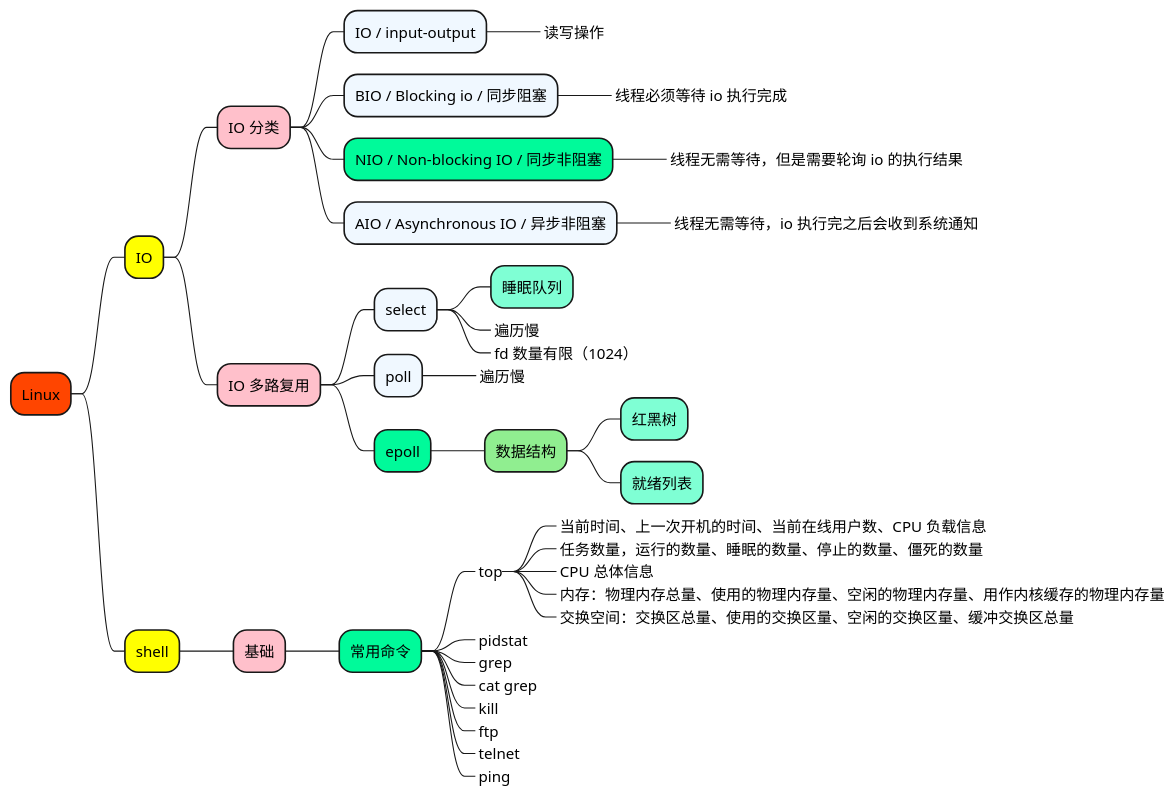
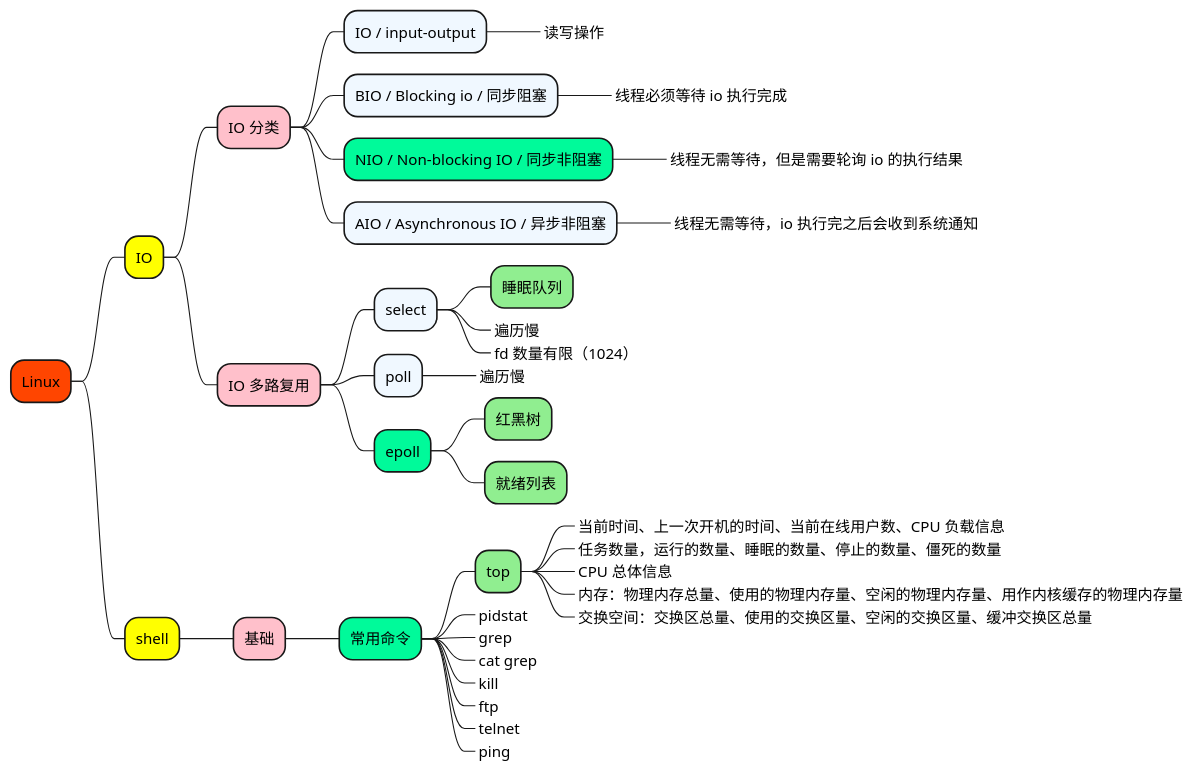
The diagram in 1_map/server/Linux.puml (doveg/self-cultivation-of-a-software-engineer), drawn with PlantUML before and after one commit. The commit also changed 16 other files, not shown here.

```diff
--- a/1_map/server/Linux.puml
+++ b/1_map/server/Linux.puml
@@ -1,54 +1,53 @@
 @startmindmap
 
 +[#OrangeRed] Linux
 
 ++[#yellow] IO
 
 +++[#Pink] IO 分类
 ++++[#AliceBlue] IO / input-output
 +++++_ 读写操作
 ++++[#AliceBlue] BIO / Blocking io / 同步阻塞
 +++++_ 线程必须等待 io 执行完成
 ++++[#MediumSpringGreen] NIO / Non-blocking IO / 同步非阻塞
 +++++_ 线程无需等待，但是需要轮询 io 的执行结果
 ++++[#AliceBlue] AIO / Asynchronous IO / 异步非阻塞
 +++++_ 线程无需等待，io 执行完之后会收到系统通知
 
 +++[#Pink] IO 多路复用
 
 ++++[#AliceBlue] select
-+++++[#Aquamarine] 睡眠队列
-+++++[#Aquamarine]_ 遍历慢
-+++++[#Aquamarine]_ fd 数量有限（1024）
++++++[#LightGreen] 睡眠队列
++++++[#LightGreen]_ 遍历慢
++++++[#LightGreen]_ fd 数量有限（1024）
 
 ++++[#AliceBlue] poll
 +++++[#Aquamarine]_ 遍历慢
 
 ++++[#MediumSpringGreen] epoll
-+++++[#LightGreen] 数据结构
-++++++[#Aquamarine] 红黑树
-++++++[#Aquamarine] 就绪列表
++++++[#LightGreen] 红黑树
++++++[#LightGreen] 就绪列表
 
 
 ++[#yellow] shell
 
 +++[#Pink] 基础
 
 ++++[#MediumSpringGreen] 常用命令
-+++++[#GhostWhite]_ top
++++++[#LightGreen] top
 ++++++[#Aquamarine]_ 当前时间、上一次开机的时间、当前在线用户数、CPU 负载信息
 ++++++[#Aquamarine]_ 任务数量，运行的数量、睡眠的数量、停止的数量、僵死的数量
 ++++++[#Aquamarine]_ CPU 总体信息
 ++++++[#Aquamarine]_ 内存：物理内存总量、使用的物理内存量、空闲的物理内存量、用作内核缓存的物理内存量
 ++++++[#Aquamarine]_ 交换空间：交换区总量、使用的交换区量、空闲的交换区量、缓冲交换区总量
 +++++[#GhostWhite]_ pidstat
 +++++[#GhostWhite]_ grep
 +++++[#GhostWhite]_ cat grep
 +++++[#GhostWhite]_ kill
 +++++[#GhostWhite]_ ftp
 +++++[#GhostWhite]_ telnet
 +++++[#GhostWhite]_ ping
 
 
 
 @endmindmap
```
